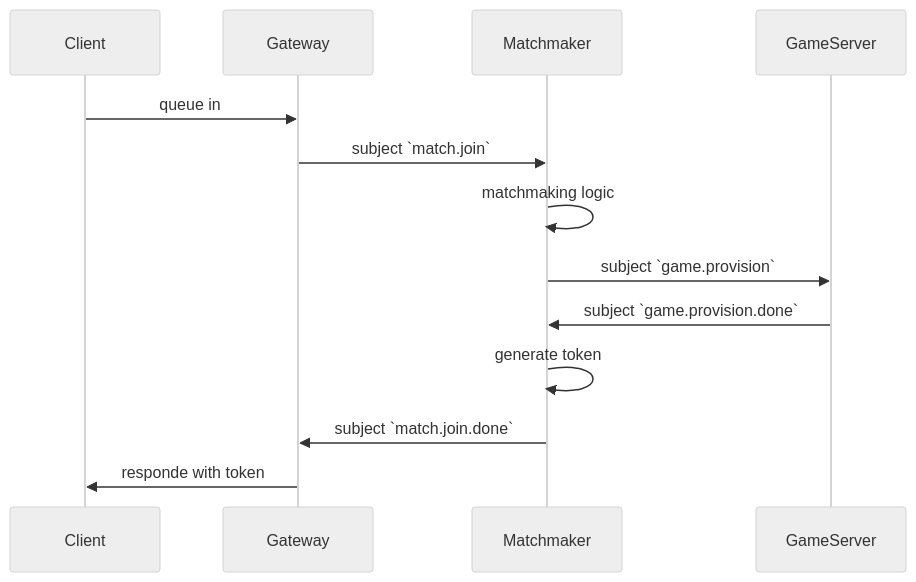
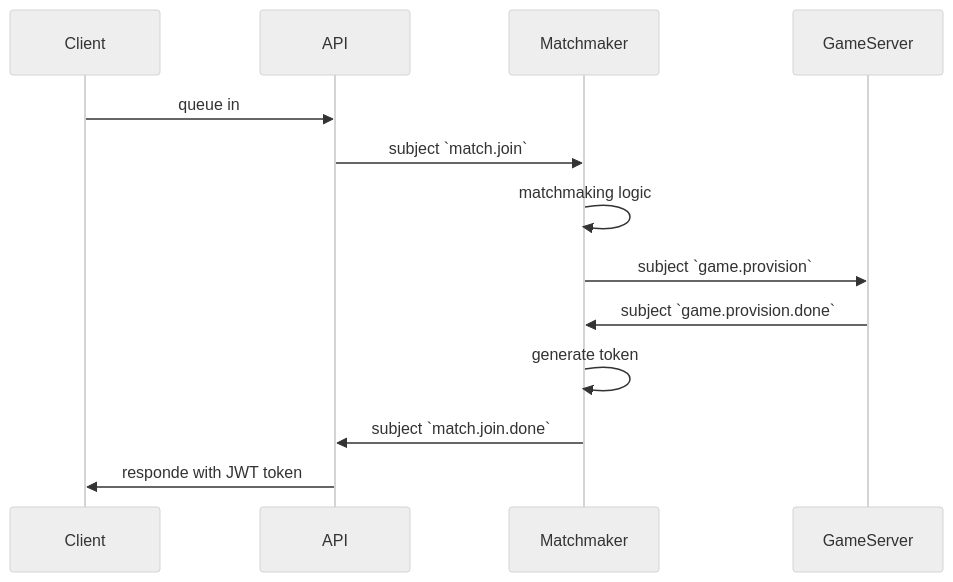
One commit to AlexFangSW/Typephoon-V2 changed the diagram in README.md. Above: the diagram before and after it, drawn with Mermaid (neutral theme). The commit also changed other lines of this file, not shown here.

````diff
--- a/README.md
+++ b/README.md
@@ -50,11 +50,11 @@
 ```mermaid
 sequenceDiagram
-    Client->>Gateway: queue in
-    Gateway->>Matchmaker: subject `match.join`
+    Client->>API: queue in
+    API->>Matchmaker: subject `match.join`
     Matchmaker->>Matchmaker: matchmaking logic
     Matchmaker->>GameServer: subject `game.provision`
     GameServer->>Matchmaker: subject `game.provision.done`
     Matchmaker->>Matchmaker: generate token
-    Matchmaker->>Gateway: subject `match.join.done`
-    Gateway->>Client: responde with token
+    Matchmaker->>API: subject `match.join.done`
+    API->>Client: responde with JWT token
 ```
````
